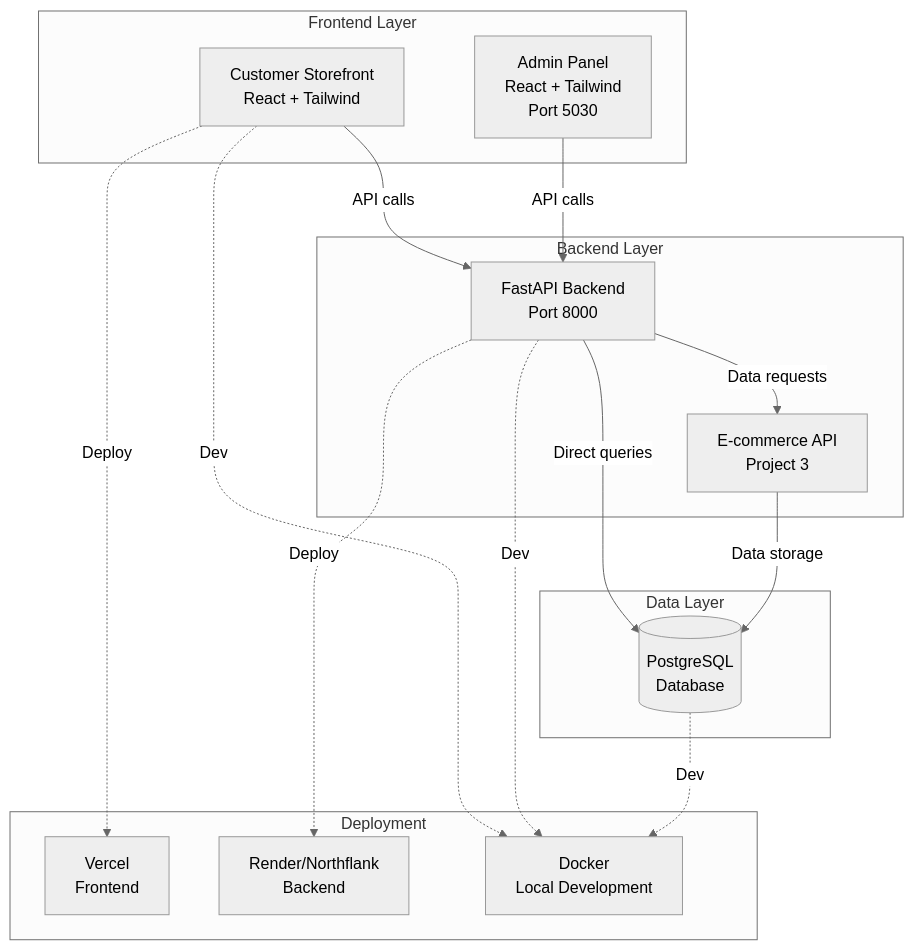
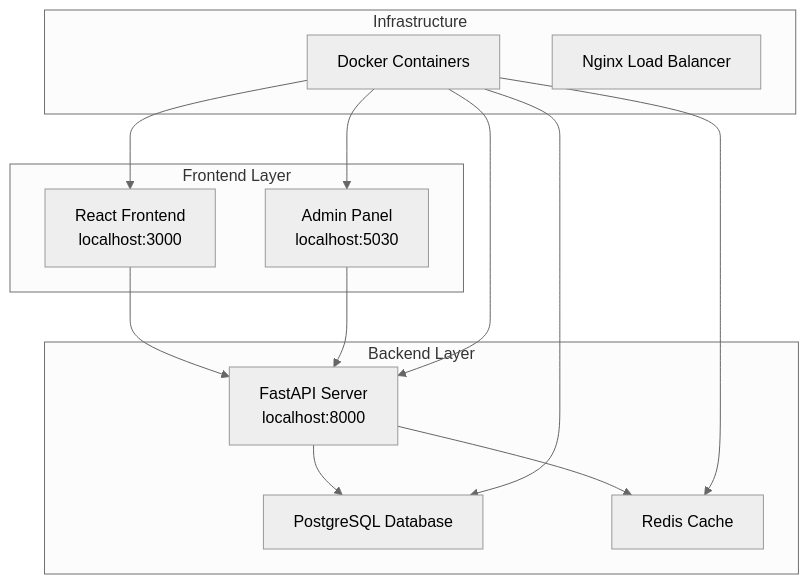
One commit to dera-delis/E-commerce-Store changed the diagram in README.md. Above: the diagram before and after it, drawn with Mermaid (neutral theme). The commit also changed other lines of this file and 46 other files, not shown here.

````diff
--- a/README.md
+++ b/README.md
@@ -17,34 +117,28 @@
 ```mermaid
-graph TD
+graph TB
     subgraph "Frontend Layer"
-        A[Customer Storefront<br/>React + Tailwind]
-        B[Admin Panel<br/>React + Tailwind<br/>Port 5030]
+        A[React Frontend<br/>localhost:3000]
+        B[Admin Panel<br/>localhost:5030]
     end
     
     subgraph "Backend Layer"
-        C[FastAPI Backend<br/>Port 8000]
-        D[E-commerce API<br/>Project 3]
+        C[FastAPI Server<br/>localhost:8000]
+        D[PostgreSQL Database]
+        E[Redis Cache]
     end
     
-    subgraph "Data Layer"
-        E[(PostgreSQL<br/>Database)]
+    subgraph "Infrastructure"
+        F[Docker Containers]
+        G[Nginx Load Balancer]
     end
     
-    subgraph "Deployment"
-        F[Vercel<br/>Frontend]
-        G[Render/Northflank<br/>Backend]
-        H[Docker<br/>Local Development]
-    end
-    
-    A -->|API calls| C
-    B -->|API calls| C
-    C -->|Data requests| D
-    C -->|Direct queries| E
-    D -->|Data storage| E
-    
-    A -.->|Deploy| F
-    C -.->|Deploy| G
-    A -.->|Dev| H
-    C -.->|Dev| H
-    E -.->|Dev| H
+    A --> C
+    B --> C
+    C --> D
+    C --> E
+    F --> A
+    F --> B
+    F --> C
+    F --> D
+    F --> E
 ```
````
